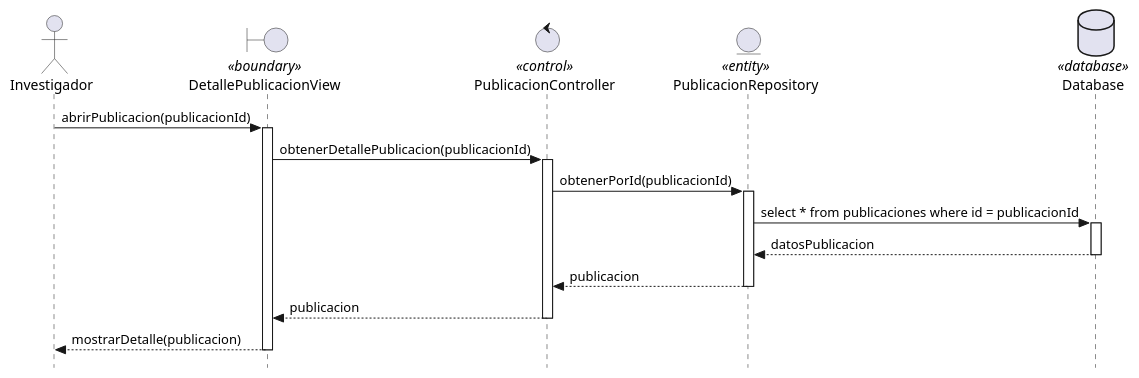
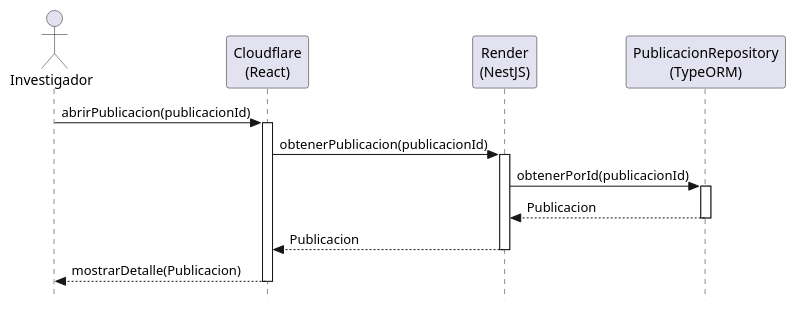
The diagram in modelosUML/diseño/casosDeUsos/abrirPublicacion/abrirPublicacion.puml (manuelmunoz8/25-26-idsw2-sdVC), drawn with PlantUML before and after one commit. The commit also changed 37 other files, not shown here.

Commit message:
fix: flujo y entidades de diagramas

```diff
--- a/modelosUML/diseño/casosDeUsos/abrirPublicacion/abrirPublicacion.puml
+++ b/modelosUML/diseño/casosDeUsos/abrirPublicacion/abrirPublicacion.puml
@@ -1,25 +1,28 @@
-@startuml
+@startuml abrirPublicacion
 skinparam style strictuml
+skinparam backgroundColor white
+skinparam shadowing false
+
 actor Investigador
-boundary DetallePublicacionView <<boundary>>
-control PublicacionController <<control>>
-entity PublicacionRepository <<entity>>
-database Database <<database>>
+participant "Cloudflare\n(React)" as View
+participant "Render\n(NestJS)" as Controller
+participant "PublicacionRepository\n(TypeORM)" as Repository
 
-Investigador -> DetallePublicacionView : abrirPublicacion(publicacionId)
-activate DetallePublicacionView
-DetallePublicacionView -> PublicacionController : obtenerDetallePublicacion(publicacionId)
-activate PublicacionController
-PublicacionController -> PublicacionRepository : obtenerPorId(publicacionId)
-activate PublicacionRepository
-PublicacionRepository -> Database : select * from publicaciones where id = publicacionId
-activate Database
-Database --> PublicacionRepository : datosPublicacion
-deactivate Database
-PublicacionRepository --> PublicacionController : publicacion
-deactivate PublicacionRepository
-PublicacionController --> DetallePublicacionView : publicacion
-deactivate PublicacionController
-DetallePublicacionView --> Investigador : mostrarDetalle(publicacion)
-deactivate DetallePublicacionView
+Investigador -> View : abrirPublicacion(publicacionId)
+activate View
+
+View -> Controller : obtenerPublicacion(publicacionId)
+activate Controller
+
+Controller -> Repository : obtenerPorId(publicacionId)
+activate Repository
+
+Repository --> Controller : Publicacion
+deactivate Repository
+
+Controller --> View : Publicacion
+deactivate Controller
+
+View --> Investigador : mostrarDetalle(Publicacion)
+deactivate View
 @enduml
```
